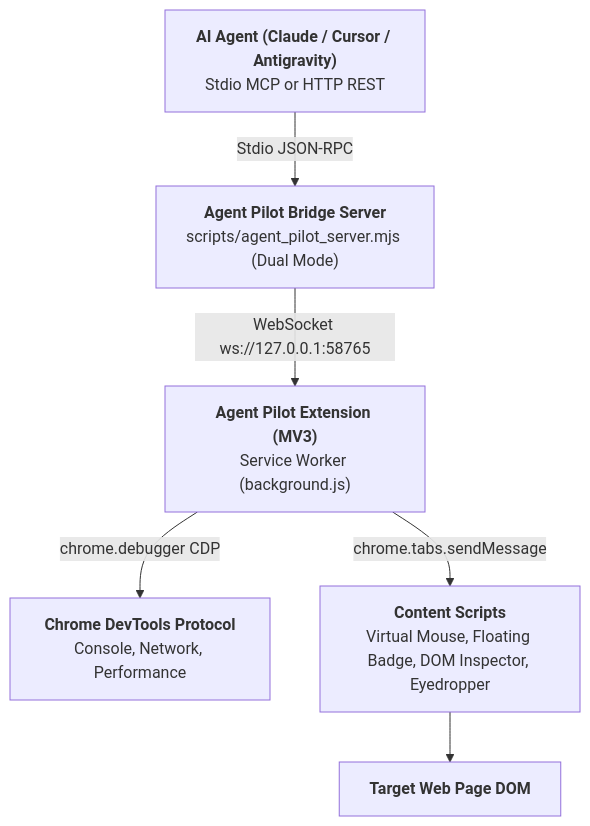
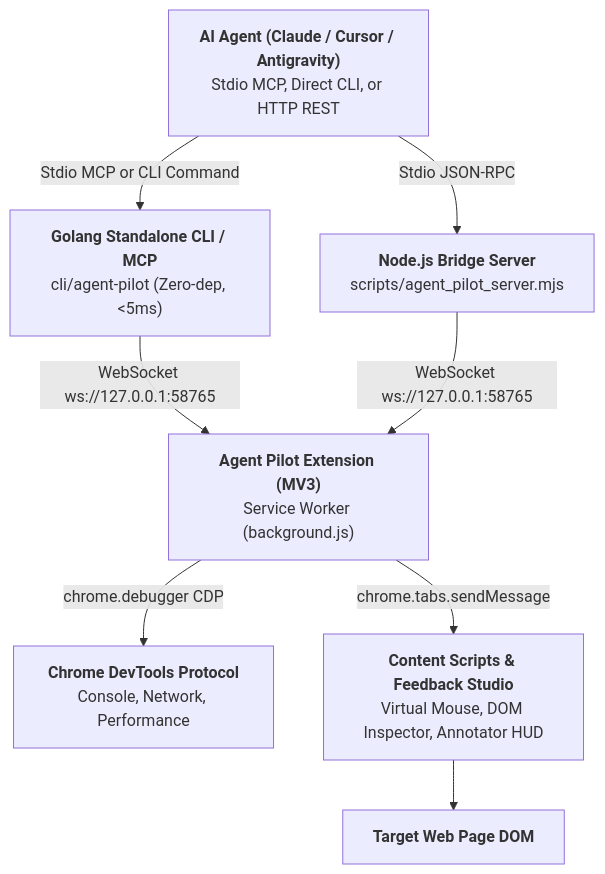
One commit to ducconit/agent-pilot changed the diagram in skills/agent-pilot/SKILL.md. Above: the diagram before and after it, drawn with Mermaid. The commit also changed other lines of this file and 1 other file, not shown here.

Commit message:
docs(skills): update agent-pilot skill with Go CLI binary and sync paths

````diff
--- a/skills/agent-pilot/SKILL.md
+++ b/skills/agent-pilot/SKILL.md
@@ -31,8 +31,14 @@
 ```mermaid
 flowchart TD
-    Agent["<b>AI Agent (Claude / Cursor / Antigravity)</b><br/>Stdio MCP or HTTP REST"] -->|Stdio JSON-RPC| Server["<b>Agent Pilot Bridge Server</b><br/>scripts/agent_pilot_server.mjs (Dual Mode)"]
-    Server -->|WebSocket ws://127.0.0.1:58765| Ext["<b>Agent Pilot Extension (MV3)</b><br/>Service Worker (background.js)"]
+    Agent["<b>AI Agent (Claude / Cursor / Antigravity)</b><br/>Stdio MCP, Direct CLI, or HTTP REST"]
+    GoCLI["<b>Golang Standalone CLI / MCP</b><br/>cli/agent-pilot (Zero-dep, &lt;5ms)"]
+    NodeServer["<b>Node.js Bridge Server</b><br/>scripts/agent_pilot_server.mjs"]
+    
+    Agent -->|Stdio MCP or CLI Command| GoCLI
+    Agent -->|Stdio JSON-RPC| NodeServer
+    GoCLI -->|WebSocket ws://127.0.0.1:58765| Ext["<b>Agent Pilot Extension (MV3)</b><br/>Service Worker (background.js)"]
+    NodeServer -->|WebSocket ws://127.0.0.1:58765| Ext
     Ext -->|chrome.debugger CDP| CDP["<b>Chrome DevTools Protocol</b><br/>Console, Network, Performance"]
-    Ext -->|chrome.tabs.sendMessage| Content["<b>Content Scripts</b><br/>Virtual Mouse, Floating Badge, DOM Inspector, Eyedropper"]
+    Ext -->|chrome.tabs.sendMessage| Content["<b>Content Scripts & Feedback Studio</b><br/>Virtual Mouse, DOM Inspector, Annotator HUD"]
     Content --> WebPage["<b>Target Web Page DOM</b>"]
 ```
````
